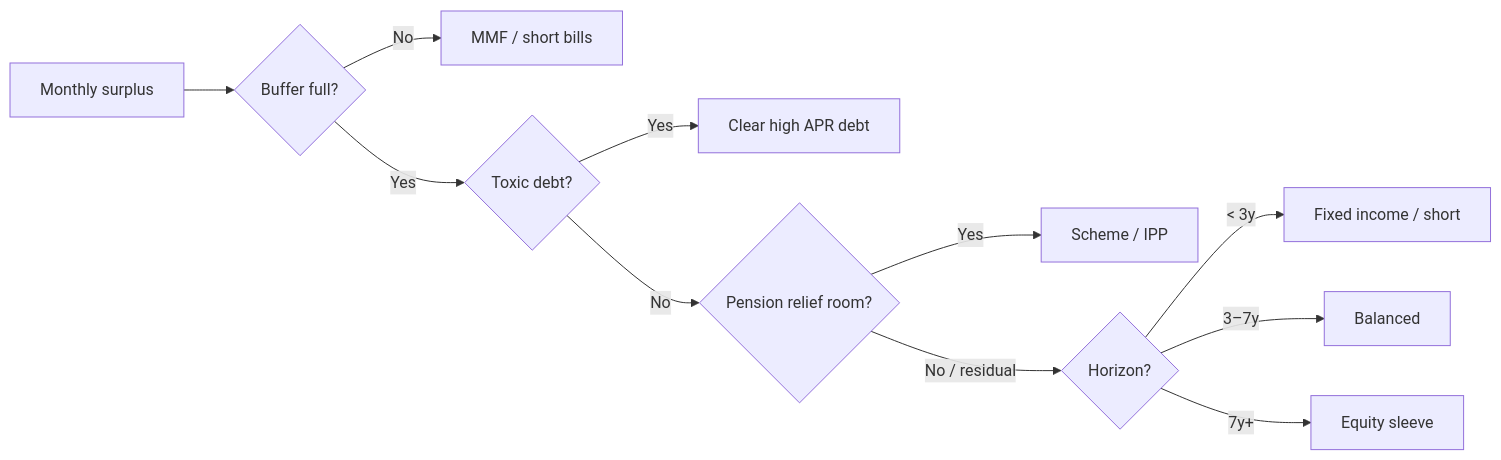
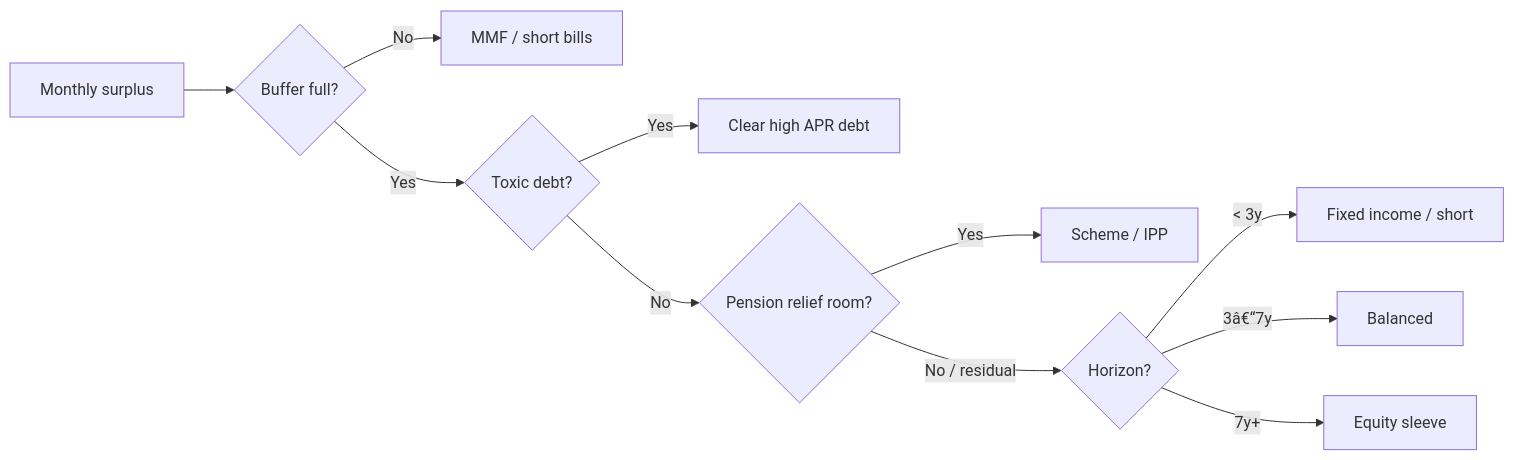
Before and after one commit to bengula/BengulaLive: the second of 2 diagrams in Bengula-Jacob/content/investing/unit-trusts-beyond-mmfs-kenya.md, drawn with Mermaid. The commit also changed other lines of this file and 73 other files, not shown here.

````diff
--- a/Bengula-Jacob/content/investing/unit-trusts-beyond-mmfs-kenya.md
+++ b/Bengula-Jacob/content/investing/unit-trusts-beyond-mmfs-kenya.md
@@ -190,13 +190,13 @@
 ```mermaid
 flowchart LR
   Income["Monthly surplus"] --> Buf{"Buffer full?"}
   Buf -->|No| MMF["MMF / short bills"]
   Buf -->|Yes| Debt{"Toxic debt?"}
   Debt -->|Yes| Clear["Clear high APR debt"]
   Debt -->|No| Pen{"Pension relief room?"}
   Pen -->|Yes| IPP["Scheme / IPP"]
   Pen -->|No / residual| Horizon{"Horizon?"}
   Horizon -->|"&lt; 3y"| FI["Fixed income / short"]
-  Horizon -->|"3–7y"| BAL["Balanced"]
+  Horizon -->|"3â€“7y"| BAL["Balanced"]
   Horizon -->|"7y+"| EQ["Equity sleeve"]
 ```
````
